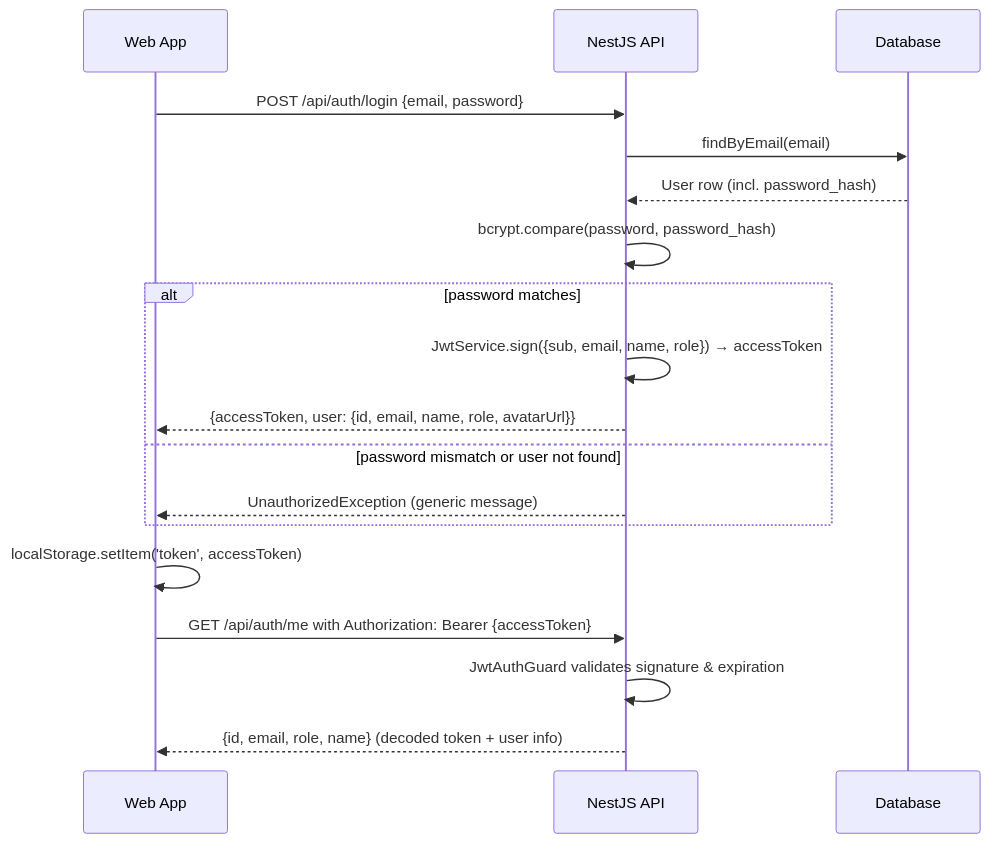
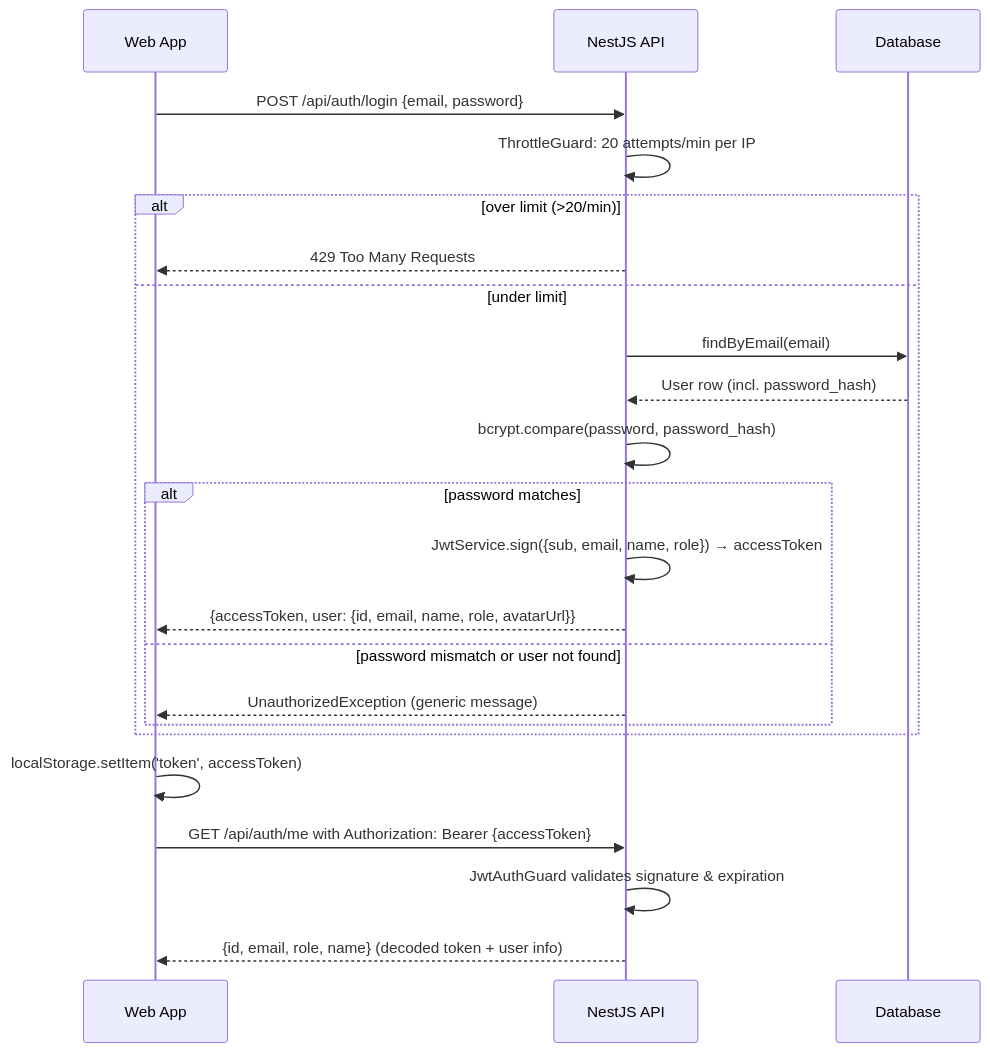
Before and after one commit to zun3007/Manga-Creation-Workflow-and-Publishing-Management-System: the first of 2 diagrams in documents/02-architecture/04-security-and-rbac.md, drawn with Mermaid. The commit also changed other lines of this file and 20 other files, not shown here.

First line of the commit message:
docs: sync all documentation to current code + fix 11 diagram render bugs

````diff
--- a/documents/02-architecture/04-security-and-rbac.md
+++ b/documents/02-architecture/04-security-and-rbac.md
@@ -53,22 +57,27 @@
 ```mermaid
 sequenceDiagram
   participant Web as Web App
   participant API as NestJS API
   participant DB as Database
   
   Web->>API: POST /api/auth/login {email, password}
-  API->>DB: findByEmail(email)
-  DB-->>API: User row (incl. password_hash)
-  API->>API: bcrypt.compare(password, password_hash)
-  alt password matches
-    API->>API: JwtService.sign({sub, email, name, role}) → accessToken
-    API-->>Web: {accessToken, user: {id, email, name, role, avatarUrl}}
-  else password mismatch or user not found
-    API-->>Web: UnauthorizedException (generic message)
+  API->>API: ThrottleGuard: 20 attempts/min per IP
+  alt over limit (>20/min)
+    API-->>Web: 429 Too Many Requests
+  else under limit
+    API->>DB: findByEmail(email)
+    DB-->>API: User row (incl. password_hash)
+    API->>API: bcrypt.compare(password, password_hash)
+    alt password matches
+      API->>API: JwtService.sign({sub, email, name, role}) → accessToken
+      API-->>Web: {accessToken, user: {id, email, name, role, avatarUrl}}
+    else password mismatch or user not found
+      API-->>Web: UnauthorizedException (generic message)
+    end
   end
   
   Web->>Web: localStorage.setItem('token', accessToken)
   Web->>API: GET /api/auth/me with Authorization: Bearer {accessToken}
   API->>API: JwtAuthGuard validates signature & expiration
   API-->>Web: {id, email, role, name} (decoded token + user info)
 ```
````
